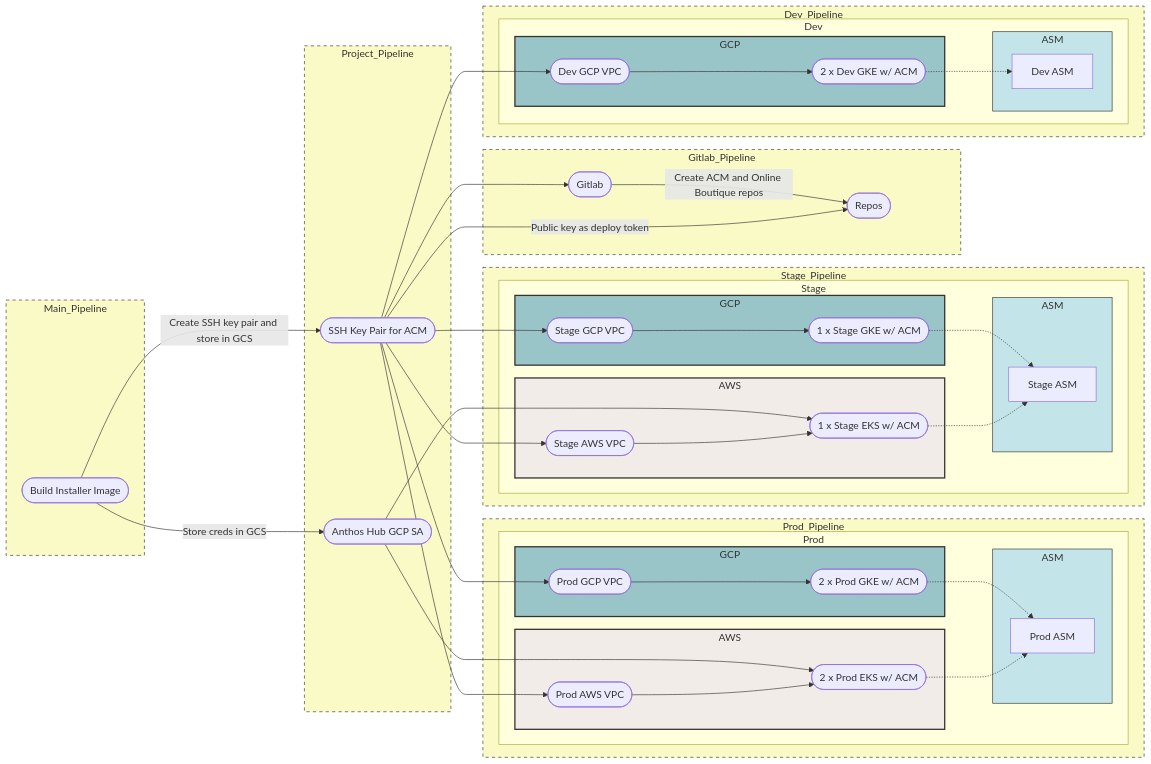
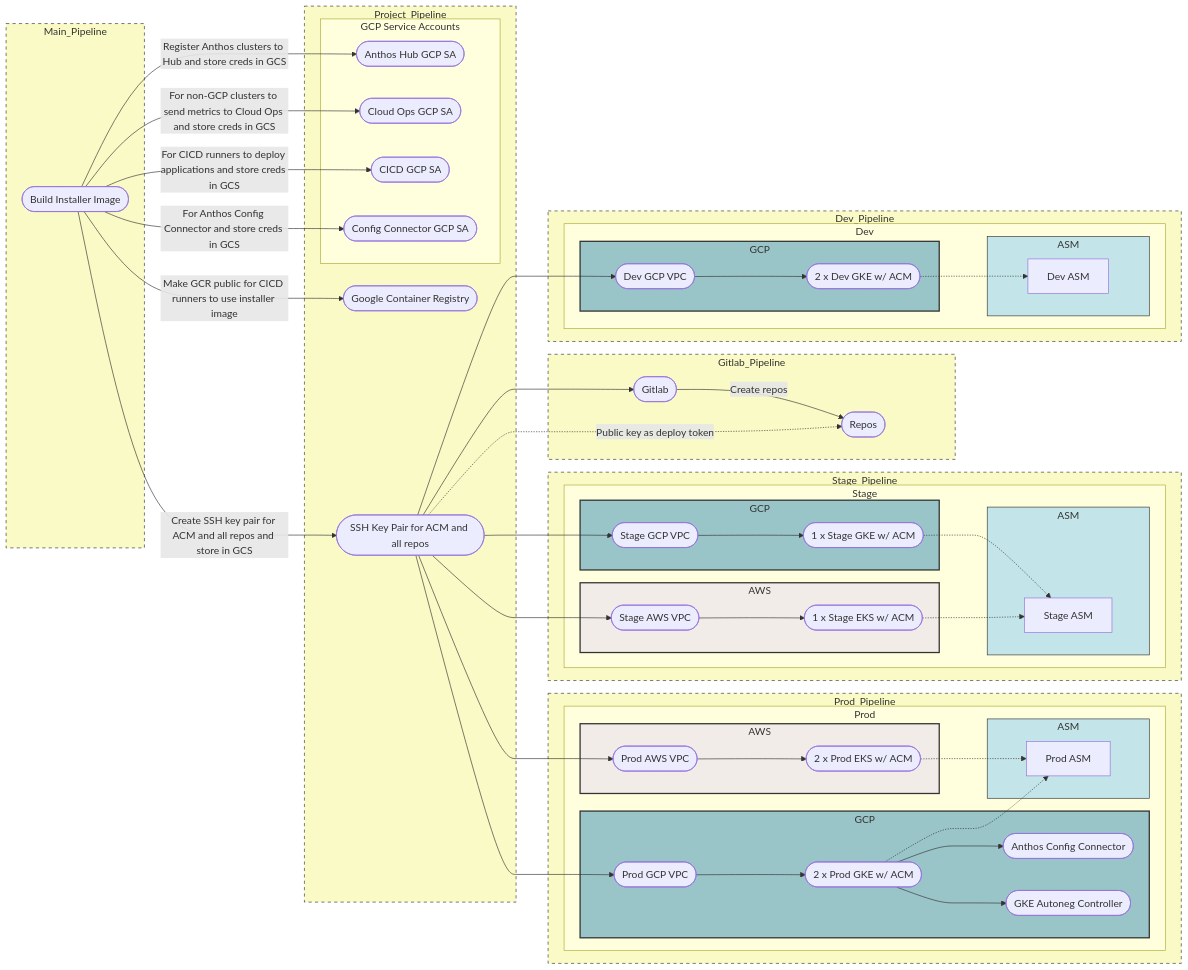
One commit to swalker-sada/anthos-practice changed the third of 3 diagrams in README.md. Above: the diagram before and after it, drawn with Mermaid. The commit also changed other lines of this file and 1602 other files, not shown here.

```diff
--- a/README.md
+++ b/README.md
@@ -233,7 +239,13 @@
 gitlab([Gitlab])
 repos([Repos])
 hub_gsa([Anthos Hub GCP SA])
-ssh_key([SSH Key Pair for ACM])
+cloudops_gsa([Cloud Ops GCP SA])
+cicd_gsa([CICD GCP SA])
+cnrm_gsa([Config Connector GCP SA])
+gcr([Google Container Registry])
+kcc([Anthos Config Connector])
+autoneg([GKE Autoneg Controller])
+ssh_key([SSH Key Pair for ACM and all repos])
 
 prodawsvpc([Prod AWS VPC])
 stageawsvpc([Stage AWS VPC])
@@ -252,15 +264,19 @@
 
 ssh_key --> devgcpvpc
 
-ssh_key --> gitlab -->|Create ACM and Online Boutique repos| repos
+ssh_key --> gitlab -->|Create repos| repos
 
-installer -->|Store creds in GCS| hub_gsa
-installer -->|Create SSH key pair and store in GCS| ssh_key
+installer -->|Register Anthos clusters to Hub and store creds in GCS| hub_gsa
+installer -->|For non-GCP clusters to send metrics to Cloud Ops and store creds in GCS| cloudops_gsa
+installer -->|For CICD runners to deploy applications and store creds in GCS| cicd_gsa
+installer -->|For Anthos Config Connector and store creds in GCS| cnrm_gsa
+installer -->|Make GCR public for CICD runners to use installer image| gcr
+installer -->|Create SSH key pair for ACM and all repos and store in GCS| ssh_key
 
-ssh_key -->|Public key as deploy token| repos
+ssh_key -.->|Public key as deploy token| repos
 
-hub_gsa --> prodeks
-hub_gsa --> stageeks
+%%hub_gsa -.-> prodeks
+%%hub_gsa -.-> stageeks
 
 subgraph Gitlab_Pipeline
   gitlab
@@ -268,8 +284,14 @@
 end
 
 subgraph Project_Pipeline
-  hub_gsa
   ssh_key
+  gcr
+  subgraph GCP Service Accounts
+    hub_gsa
+    cloudops_gsa
+    cicd_gsa
+    cnrm_gsa
+  end
 end
 
 subgraph Main_Pipeline
@@ -280,6 +302,8 @@
   subgraph Prod
     subgraph GCP_Prod[GCP]
       prodgcpvpc --> prodgke
+      prodgke --> kcc
+      prodgke --> autoneg
     end
     subgraph AWS_Prod[AWS]
       prodawsvpc --> prodeks
```
